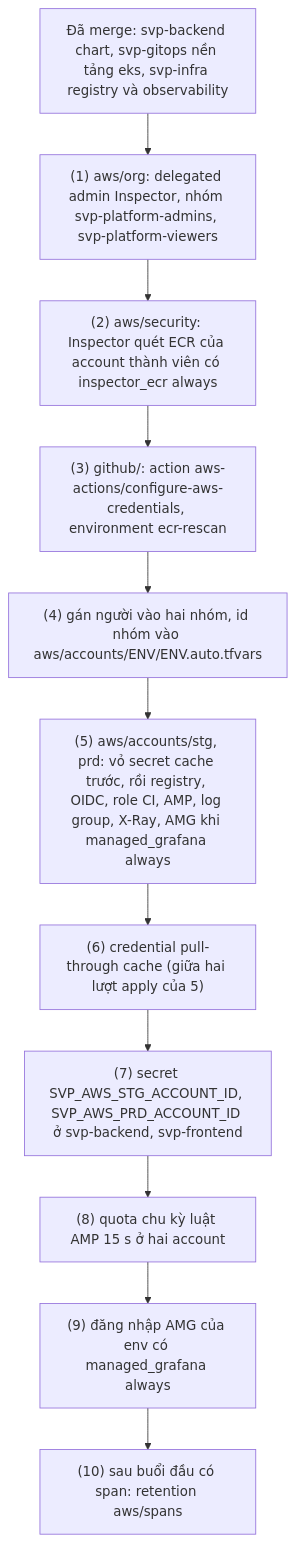
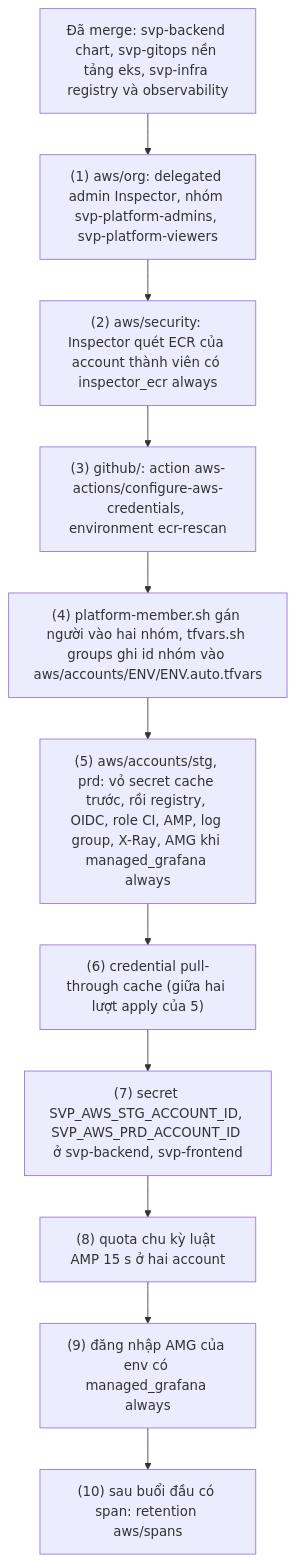
Before and after one commit to anhnvcoder/svp-infra: the diagram in docs/runbooks/platform-setup.md, drawn with Mermaid. The commit also changed other lines of this file and 43 other files, not shown here.

````diff
--- a/docs/runbooks/platform-setup.md
+++ b/docs/runbooks/platform-setup.md
@@ -22,14 +22,14 @@
 ```mermaid
 flowchart TD
   M["Đã merge: svp-backend chart, svp-gitops nền tảng eks, svp-infra registry và observability"] --> B1
   B1["(1) aws/org: delegated admin Inspector, nhóm svp-platform-admins, svp-platform-viewers"] --> B2
   B2["(2) aws/security: Inspector quét ECR của account thành viên có inspector_ecr always"] --> B3
   B3["(3) github/: action aws-actions/configure-aws-credentials, environment ecr-rescan"] --> B4
-  B4["(4) gán người vào hai nhóm, id nhóm vào aws/accounts/ENV/ENV.auto.tfvars"] --> B5
+  B4["(4) platform-member.sh gán người vào hai nhóm, tfvars.sh groups ghi id nhóm vào aws/accounts/ENV/ENV.auto.tfvars"] --> B5
   B5["(5) aws/accounts/stg, prd: vỏ secret cache trước, rồi registry, OIDC, role CI, AMP, log group, X-Ray, AMG khi managed_grafana always"] --> B6
   B6["(6) credential pull-through cache (giữa hai lượt apply của 5)"] --> B7
   B7["(7) secret SVP_AWS_STG_ACCOUNT_ID, SVP_AWS_PRD_ACCOUNT_ID ở svp-backend, svp-frontend"] --> B8
   B8["(8) quota chu kỳ luật AMP 15 s ở hai account"] --> B9
   B9["(9) đăng nhập AMG của env có managed_grafana always"] --> B10
   B10["(10) sau buổi đầu có span: retention aws/spans"]
 ```
````
